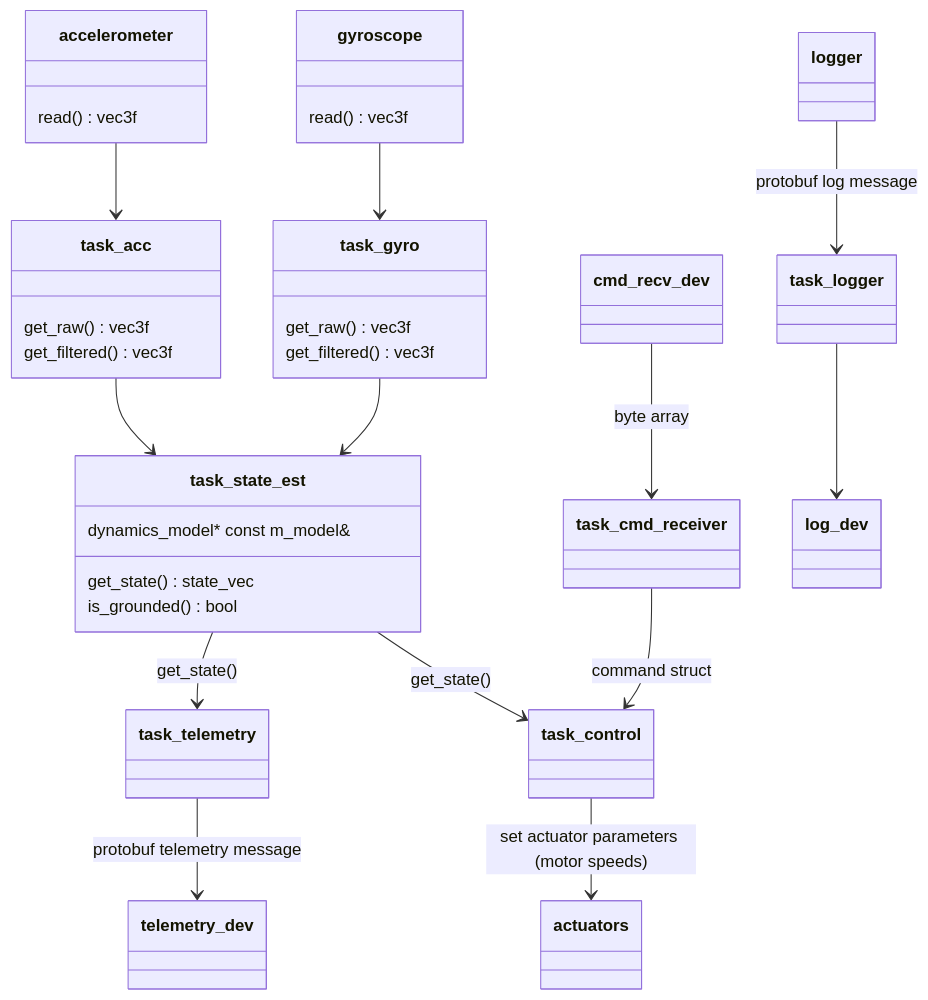
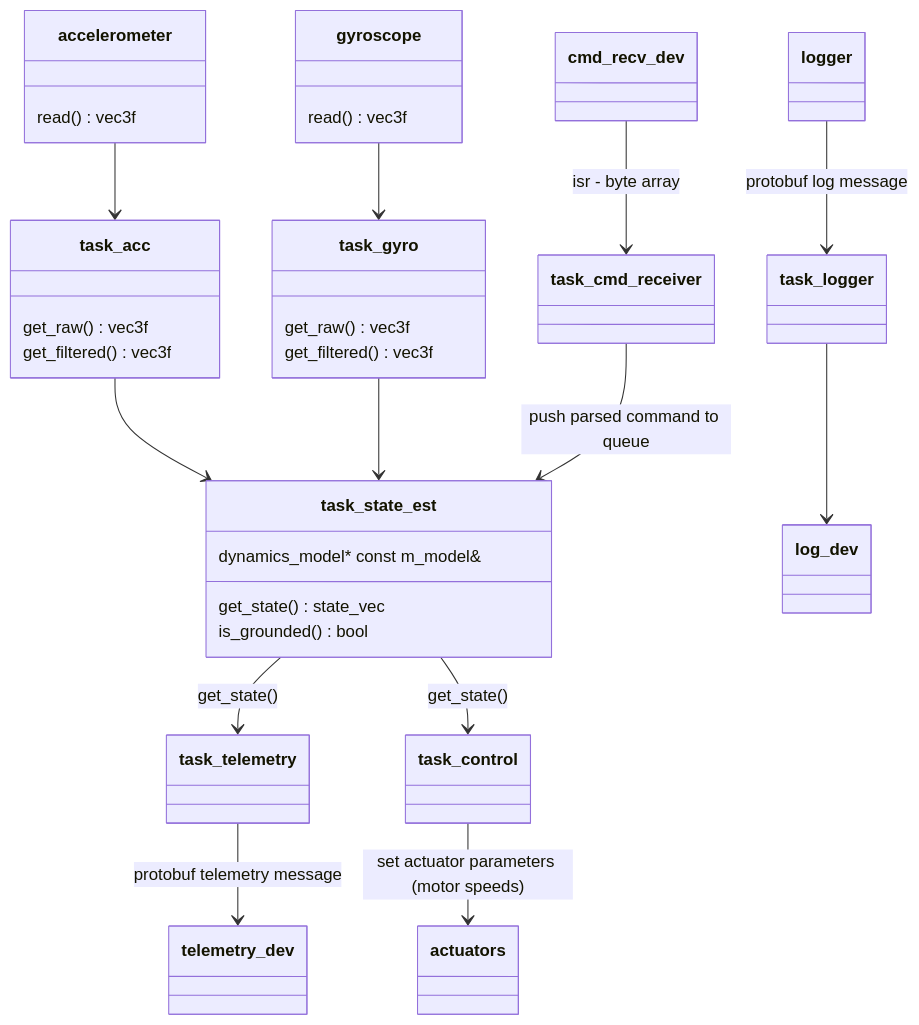
One commit to terzaterza/minipilot changed the second of 3 diagrams in Overview.md. Above: the diagram before and after it, drawn with Mermaid. The commit also changed other lines of this file and 11 other files, not shown here.

````diff
--- a/Overview.md
+++ b/Overview.md
@@ -47,57 +55,53 @@
 ```mermaid
 classDiagram
 
 class accelerometer {
     read() vec3f
 }
 
 class gyroscope {
     read() vec3f
 }
 
 class task_acc {
     get_raw() vec3f
     get_filtered() vec3f
 }
 
 class task_gyro {
     get_raw() vec3f
     get_filtered() vec3f
 }
 
 class task_state_est {
     dynamics_model* const m_model&
     get_state() state_vec
     is_grounded() bool
 }
 
 class task_telemetry {
     
 }
 
 class task_cmd_receiver {
     
 }
 
-class task_control {
-    
-}
-
 accelerometer --> task_acc
 gyroscope --> task_gyro
 
 task_acc --> task_state_est
 task_gyro --> task_state_est
 
 task_state_est --> task_telemetry : get_state()
 task_telemetry --> telemetry_dev : protobuf telemetry message
 
-cmd_recv_dev --> task_cmd_receiver : byte array
+cmd_recv_dev --> task_cmd_receiver : isr - byte array
+task_cmd_receiver --> task_state_est : push parsed command to queue
 
-task_cmd_receiver --> task_control : command struct
 task_state_est --> task_control : get_state()
 task_control --> actuators : set actuator parameters (motor speeds)
 
 logger --> task_logger : protobuf log message
 task_logger --> log_dev
 ```
````
